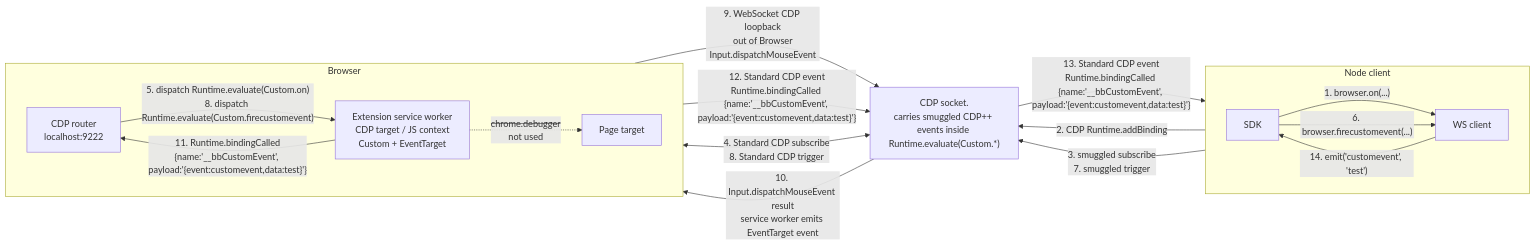
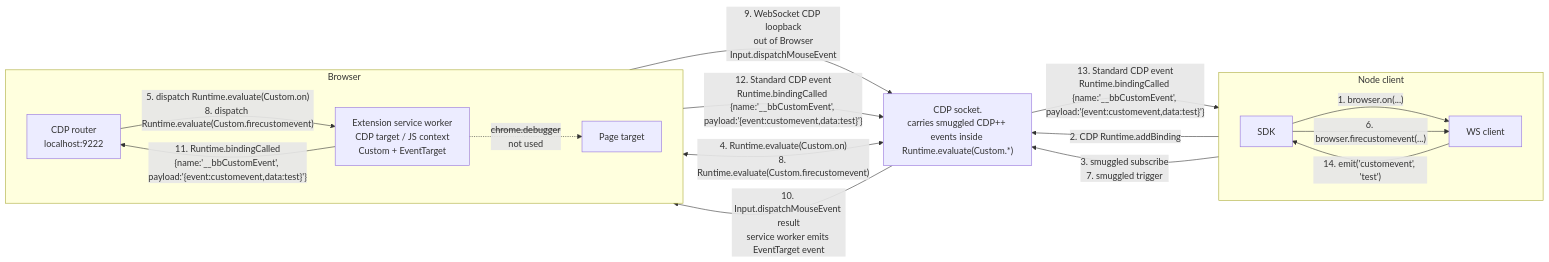
One commit to pirate/chrome-cdp-extension-bridge changed the fourth of 4 diagrams in README.md. Above: the diagram before and after it, drawn with Mermaid. The commit also changed other lines of this file, not shown here.

Commit message:
Use concrete Runtime.evaluate transport labels

````diff
--- a/README.md
+++ b/README.md
@@ -134,31 +134,31 @@
 ```mermaid
 flowchart LR
   subgraph Node["Node client"]
     direction LR
     SDK["SDK"]
     WS["WS client"]
     SDK -->|"1. browser.on(...)"| WS
     SDK -->|"6. browser.firecustomevent(...)"| WS
   end
 
   subgraph Browser["Browser"]
     direction LR
     CDP["CDP router<br/>localhost:9222"]
     SW["Extension service worker<br/>CDP target / JS context<br/>Custom + EventTarget"]
     Page["Page target"]
     CDP -->|"5. dispatch Runtime.evaluate(Custom.on)<br/>8. dispatch Runtime.evaluate(Custom.firecustomevent)"| SW
     SW -. "<s>chrome.debugger</s><br/>not used" .-> Page
   end
 
   Socket["CDP socket.<br/>carries smuggled CDP++ events inside Runtime.evaluate(Custom.*)"]
 
   WS -->|"2. CDP Runtime.addBinding"| Socket
   WS -->|"3. smuggled subscribe<br/>7. smuggled trigger"| Socket
-  Socket <-->|"4. Standard CDP subscribe<br/>8. Standard CDP trigger"| CDP
+  Socket <-->|"4. Runtime.evaluate(Custom.on)<br/>8. Runtime.evaluate(Custom.firecustomevent)"| CDP
   SW -->|"9. WebSocket CDP loopback<br/>out of Browser<br/>Input.dispatchMouseEvent"| Socket
   Socket -->|"10. Input.dispatchMouseEvent result<br/>service worker emits EventTarget event"| SW
   SW -->|"11. Runtime.bindingCalled<br/>{name:'__bbCustomEvent', payload:'{event:customevent,data:test}'}"| CDP
   CDP -->|"12. Standard CDP event<br/>Runtime.bindingCalled {name:'__bbCustomEvent', payload:'{event:customevent,data:test}'}"| Socket
   Socket -->|"13. Standard CDP event<br/>Runtime.bindingCalled {name:'__bbCustomEvent', payload:'{event:customevent,data:test}'}"| WS
   WS -->|"14. emit('customevent', 'test')"| SDK
 ```
````
